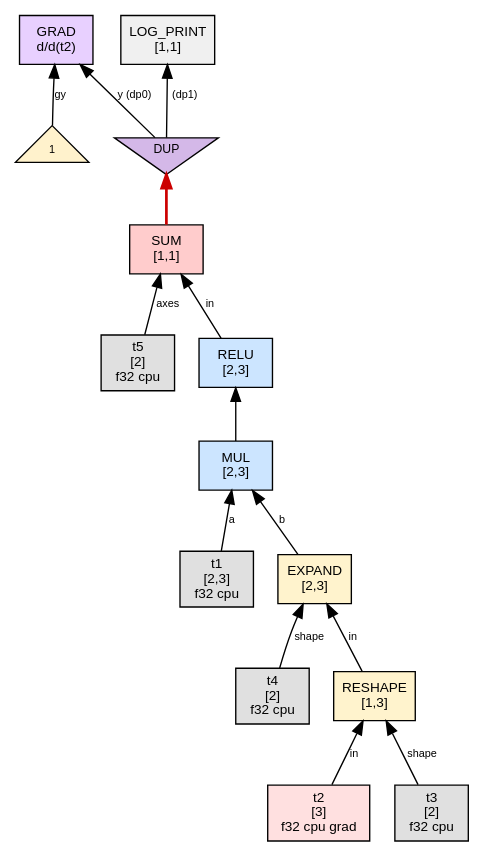
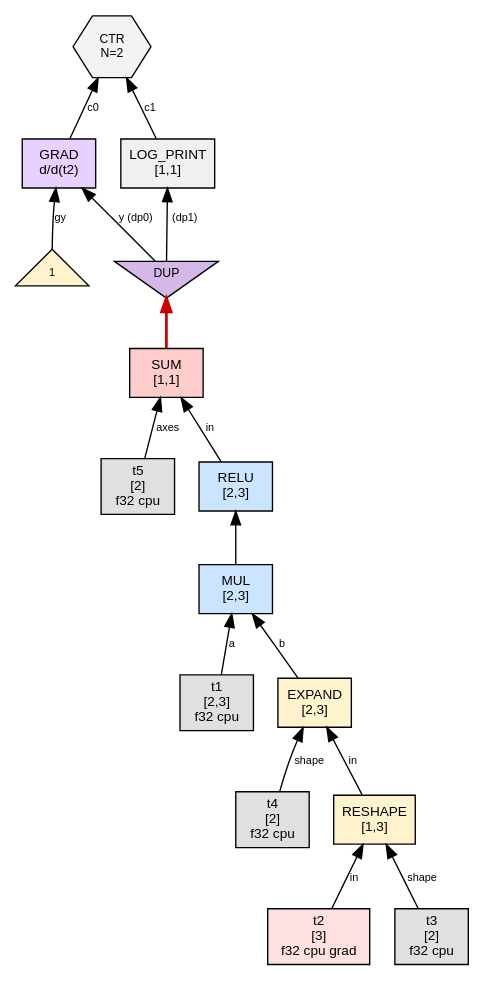
One commit to sw1sh/TinyHVM changed the diagram in phase1_graphs/tiny_single_param/step_000_state_init.dot. Above: the diagram before and after it, drawn with Graphviz. The commit also changed 993 other files, not shown here.

First line of the commit message:
test: refresh canonical phase graph archives

```diff
--- a/phase1_graphs/tiny_single_param/step_000_state_init.dot
+++ b/phase1_graphs/tiny_single_param/step_000_state_init.dot
@@ -1,35 +1,38 @@
 digraph G {
   // PREV_INTERACTION: state_init
   // NEXT_INTERACTION: interact_DP0
   rankdir=BT;
   node [fontname="Helvetica", fontsize=10, style=filled, shape=box, margin="0.1,0.05"];
   edge [fontsize=8, fontname="Helvetica"];
 
   n1 [label="RESHAPE\n[1,3]", shape=box, fillcolor="#fff3cd"];
   t2 [label="t2\n[3]\nf32 cpu grad",shape=box,fillcolor="#ffe0e0"];
   t2 -> n1 [label="in"];
   t3 [label="t3\n[2]\nf32 cpu",shape=box,fillcolor="#e0e0e0"];
   t3 -> n1 [label="shape"];
   n5 [label="EXPAND\n[2,3]", shape=box, fillcolor="#fff3cd"];
   n1 -> n5 [label="in"];
   t4 [label="t4\n[2]\nf32 cpu",shape=box,fillcolor="#e0e0e0"];
   t4 -> n5 [label="shape"];
   n9 [label="MUL\n[2,3]", shape=box, fillcolor="#cce5ff"];
   t1 [label="t1\n[2,3]\nf32 cpu",shape=box,fillcolor="#e0e0e0"];
   t1 -> n9 [label="a"];
   n5 -> n9 [label="b"];
   n13 [label="RELU\n[2,3]", shape=box, fillcolor="#cce5ff"];
   n9 -> n13 [label=""];
   n17 [label="SUM\n[1,1]", shape=box, fillcolor="#ffcccc"];
   n13 -> n17 [label="in"];
   t5 [label="t5\n[2]\nf32 cpu",shape=box,fillcolor="#e0e0e0"];
   t5 -> n17 [label="axes"];
-  n23 [label="LOG_PRINT\n[1,1]", shape=box, fillcolor="#f0f0f0"];
+  n21 [label="GRAD\nd/d(t2)", shape=box, fillcolor="#e8d0ff"];
   dup24 [label="DUP", shape=invtriangle, fillcolor="#d4b8e8", fontsize=9, width=0.7, height=0.5];
   n17 -> dup24 [color="#cc0000",penwidth=2.0];
-  dup24 -> n23 [label=" (dp1)"];
-  n21 [label="GRAD\nd/d(t2)", shape=box, fillcolor="#e8d0ff"];
   dup24 -> n21 [label="y (dp0)"];
   num21_1 [label="1",shape=triangle,fillcolor="#fff2cc",fontsize=8];
   num21_1 -> n21 [label="gy"];
+  n23 [label="LOG_PRINT\n[1,1]", shape=box, fillcolor="#f0f0f0"];
+  dup24 -> n23 [label=" (dp1)"];
+  ctr25 [label="CTR\nN=2", shape=hexagon, fillcolor="#f3f3f3", fontsize=9];
+  n21 -> ctr25 [label="c0"];
+  n23 -> ctr25 [label="c1"];
 }
```
